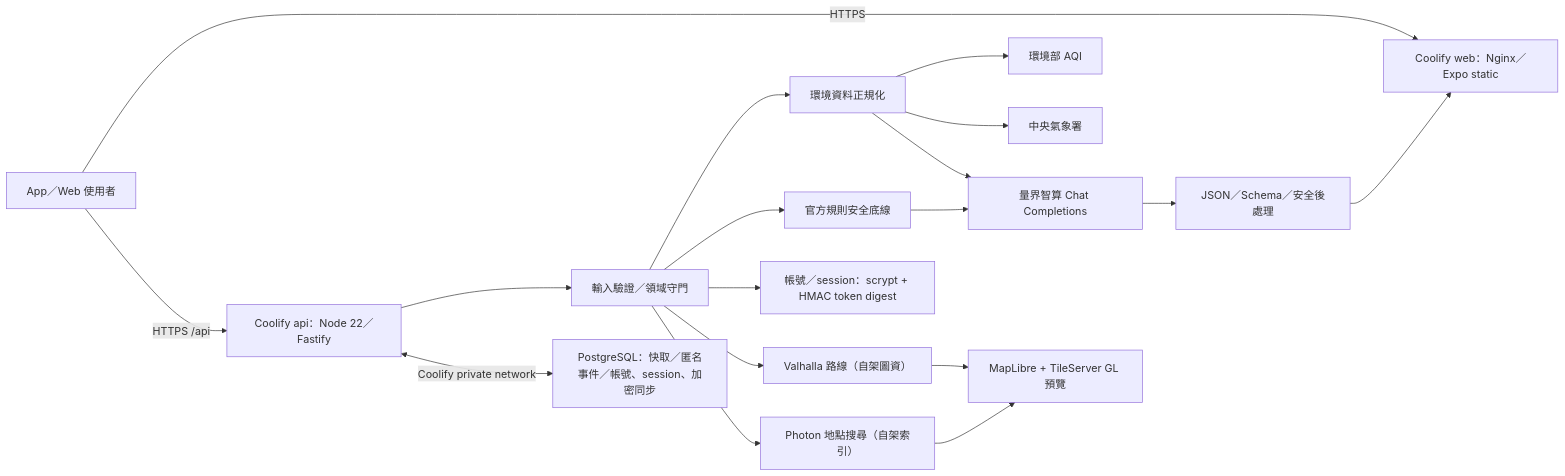
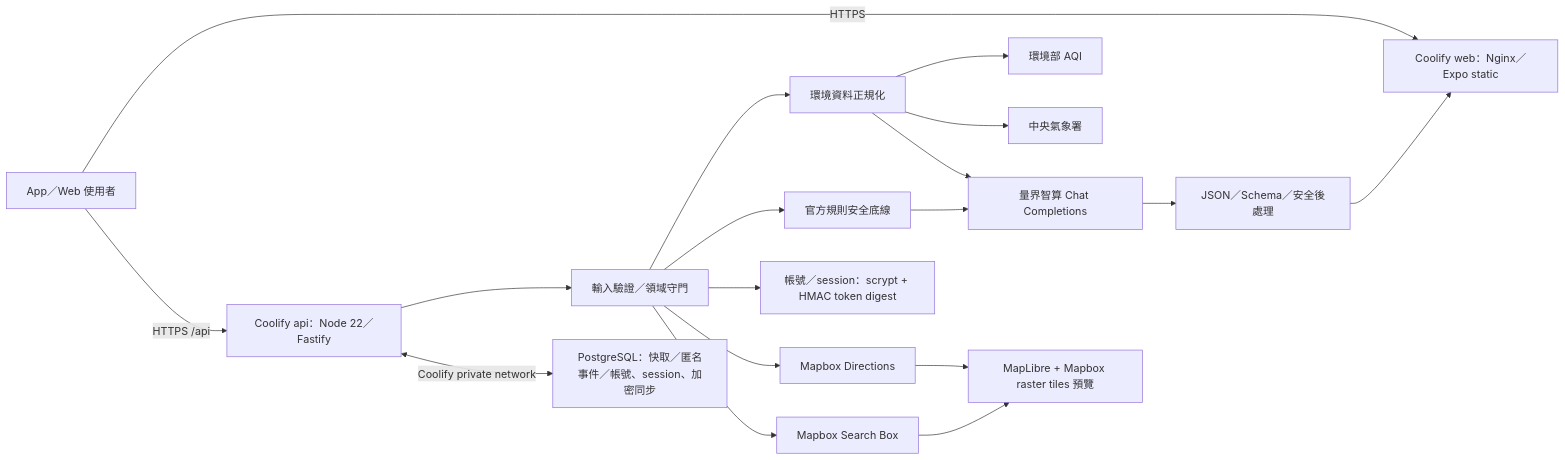
One commit to Sutdents-Project-Hub/AirMe changed the diagram in docs/architecture.md. Above: the diagram before and after it, drawn with Mermaid. The commit also changed other lines of this file and 29 other files, not shown here.

````diff
--- a/docs/architecture.md
+++ b/docs/architecture.md
@@ -39,20 +39,20 @@
 ```mermaid
 flowchart LR
   User["App／Web 使用者"] -->|HTTPS| Web["Coolify web：Nginx／Expo static"]
   User -->|"HTTPS /api"| Api["Coolify api：Node 22／Fastify"]
   Api --> Guard["輸入驗證／領域守門"]
   Guard --> Env["環境資料正規化"]
   Env --> Moenv["環境部 AQI"]
   Env --> Cwa["中央氣象署"]
   Guard --> Rules["官方規則安全底線"]
   Env --> Ai["量界智算 Chat Completions"]
   Rules --> Ai
   Guard --> Auth["帳號／session：scrypt + HMAC token digest"]
-  Guard --> Route["Valhalla 路線（自架圖資）"]
-  Guard --> Geocode["Photon 地點搜尋（自架索引）"]
-  Route --> Map["MapLibre + TileServer GL 預覽"]
+  Guard --> Route["Mapbox Directions"]
+  Guard --> Geocode["Mapbox Search Box"]
+  Route --> Map["MapLibre + Mapbox raster tiles 預覽"]
   Geocode --> Map
   Ai --> Validate["JSON／Schema／安全後處理"]
   Api <-->|"Coolify private network"| Pg["PostgreSQL：快取／匿名事件／帳號、session、加密同步"]
   Validate --> Web
 ```
````
